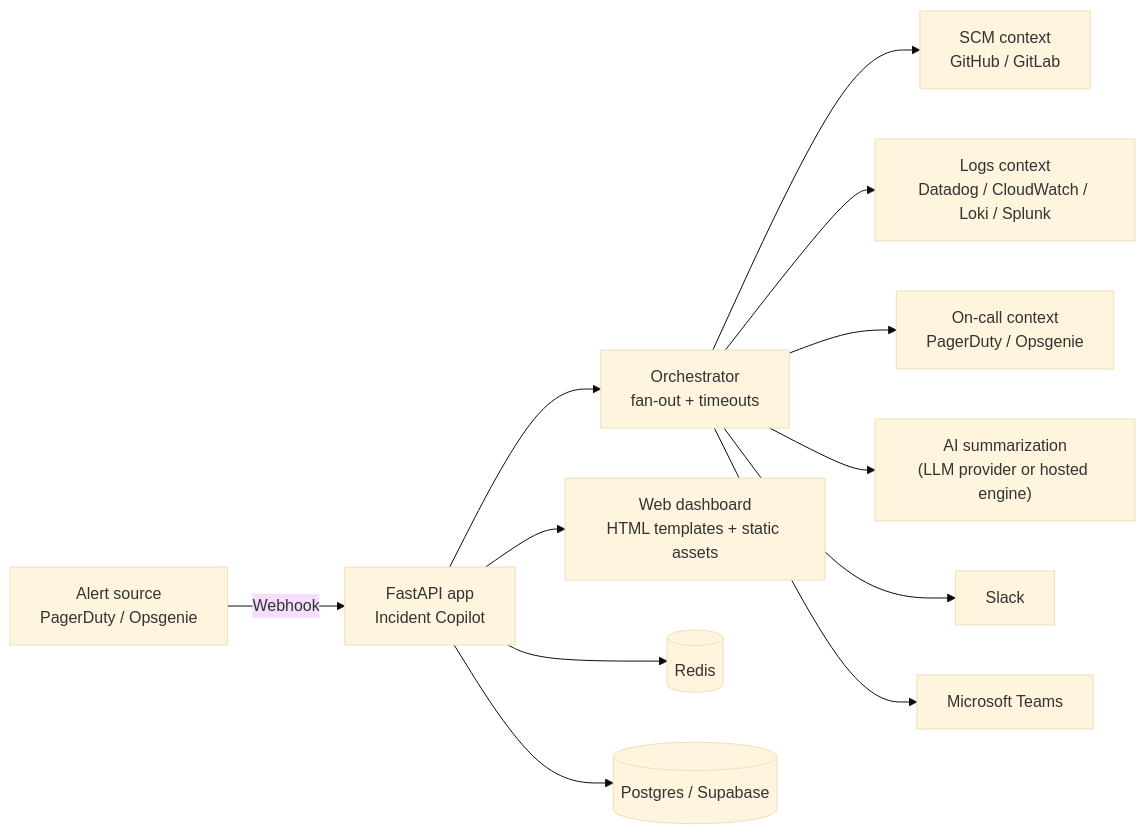
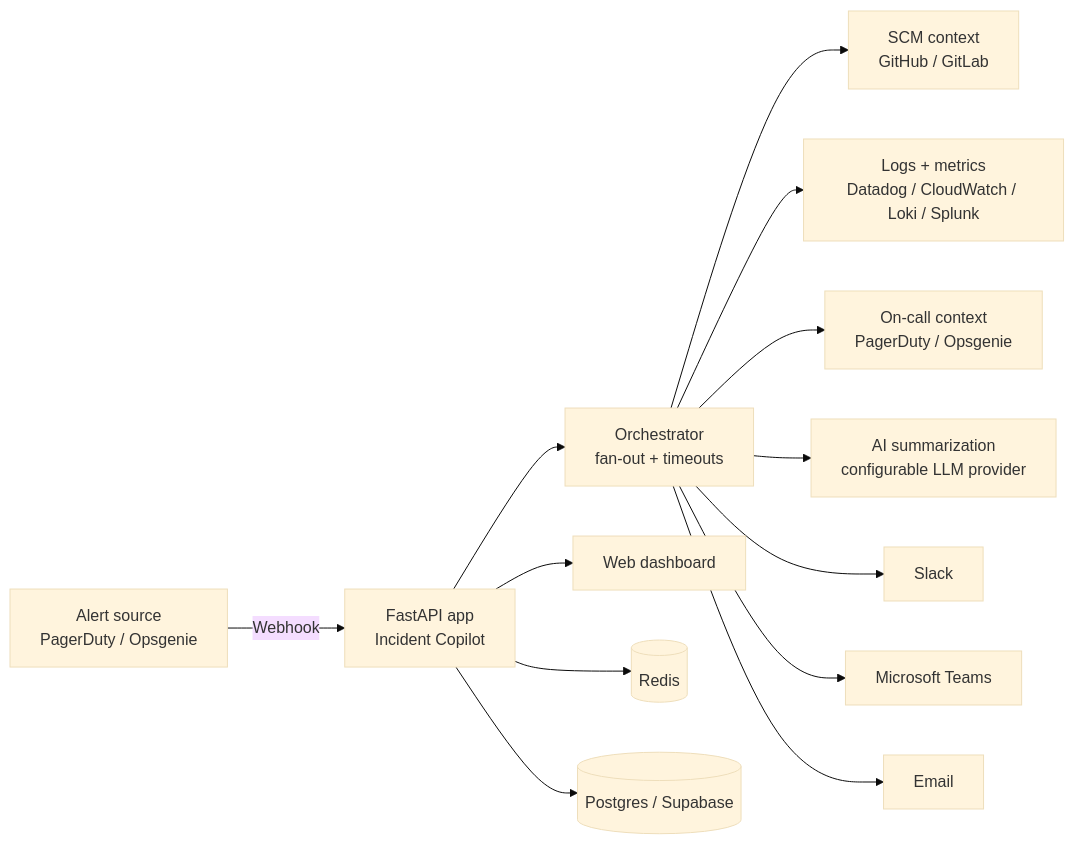
Before and after one commit to jianxux/incident-copilot: the diagram in README.md, drawn with Mermaid (base theme). The commit also changed other lines of this file and 18 other files, not shown here.

````diff
--- a/README.md
+++ b/README.md
@@ -64,19 +78,15 @@
 ```mermaid
 flowchart LR
   A["Alert source<br/>PagerDuty / Opsgenie"] -->|Webhook| B["FastAPI app<br/>Incident Copilot"]
-
   B --> C["Orchestrator<br/>fan-out + timeouts"]
-
   C --> D1["SCM context<br/>GitHub / GitLab"]
-  C --> D2["Logs context<br/>Datadog / CloudWatch / Loki / Splunk"]
+  C --> D2["Logs + metrics<br/>Datadog / CloudWatch / Loki / Splunk"]
   C --> D3["On-call context<br/>PagerDuty / Opsgenie"]
-
-  C --> E["AI summarization<br/>(LLM provider or hosted engine)"]
-
+  C --> E["AI summarization<br/>configurable LLM provider"]
   C --> F1["Slack"]
   C --> F2["Microsoft Teams"]
-  B --> G["Web dashboard<br/>HTML templates + static assets"]
-
+  C --> F3["Email"]
+  B --> G["Web dashboard"]
   B --> H[("Redis")]
   B --> I[("Postgres / Supabase")]
 ```
````
